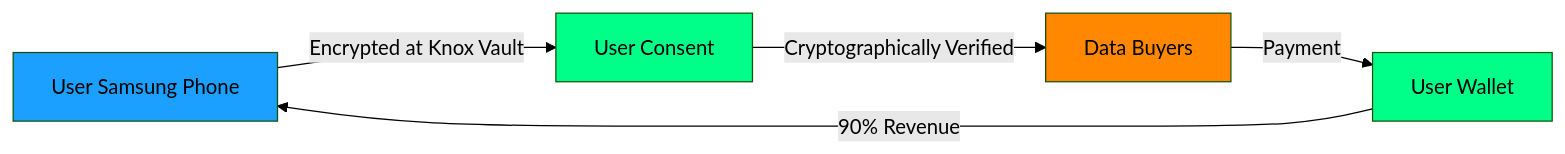
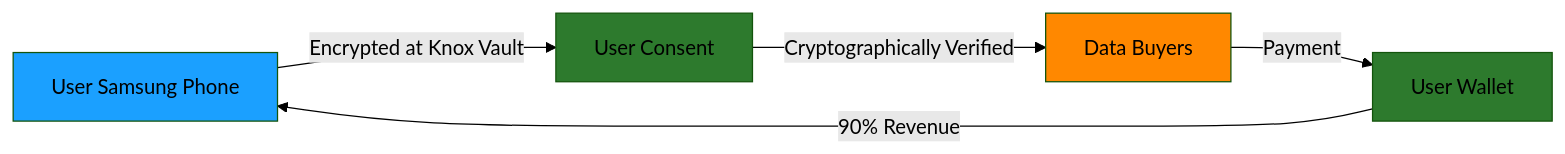
One commit to yxl74/AI_PITCH changed the second of 12 diagrams in pitch.md. Above: the diagram before and after it, drawn with Mermaid (forest theme). The commit also changed other lines of this file, not shown here.

````diff
--- a/pitch.md
+++ b/pitch.md
@@ -59,12 +59,12 @@
 ```mermaid
 graph LR
     A[User Samsung Phone] -->|Encrypted at Knox Vault| B[User Consent]
     B -->|Cryptographically Verified| C[Data Buyers]
     C -->|Payment| D[User Wallet]
     D -->|90% Revenue| A
     
     style A fill:#1ba0ff
-    style B fill:#00ff88
+    style B fill:#2d7a2d
     style C fill:#ff8800
-    style D fill:#00ff88
+    style D fill:#2d7a2d
 ```
````
